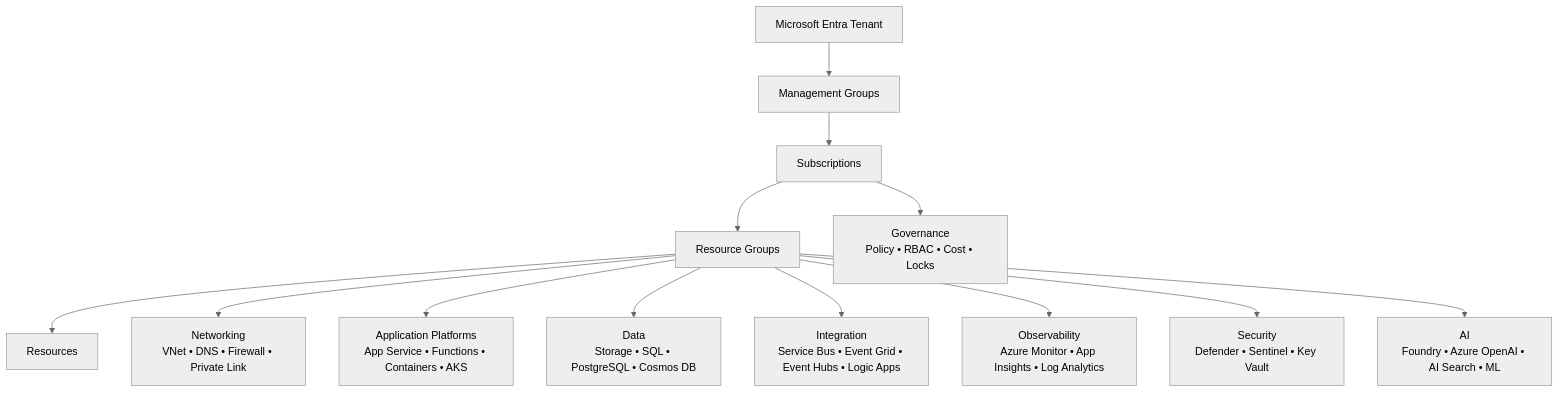
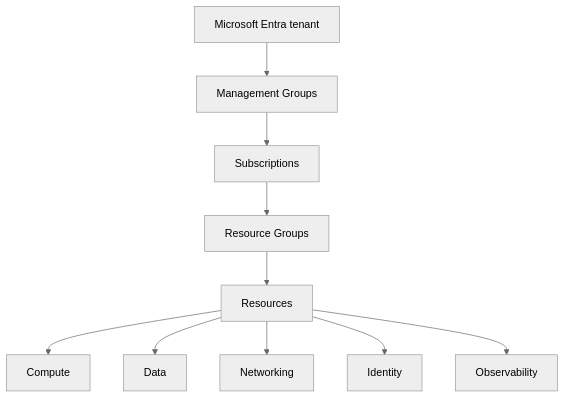
Before and after one commit to gcfernando/document: the first of 2 diagrams in azure_cheatsheet.md, drawn with Mermaid (neutral theme). The commit also changed other lines of this file and 1 other file, not shown here.

Commit message:
redesign Azure cheat sheets with clearer structure and navigation

````diff
--- a/azure_cheatsheet.md
+++ b/azure_cheatsheet.md
@@ -51,16 +67,12 @@
 ```mermaid
 flowchart TB
-    A[Microsoft Entra Tenant] --> B[Management Groups]
-    B --> C[Subscriptions]
-    C --> D[Resource Groups]
-    D --> E[Resources]
-
-    C --> GOV[Governance<br/>Policy • RBAC • Cost • Locks]
-    D --> NET[Networking<br/>VNet • DNS • Firewall • Private Link]
-    D --> APP[Application Platforms<br/>App Service • Functions • Containers • AKS]
-    D --> DATA[Data<br/>Storage • SQL • PostgreSQL • Cosmos DB]
-    D --> INT[Integration<br/>Service Bus • Event Grid • Event Hubs • Logic Apps]
-    D --> OBS[Observability<br/>Azure Monitor • App Insights • Log Analytics]
-    D --> SEC[Security<br/>Defender • Sentinel • Key Vault]
-    D --> AI[AI<br/>Foundry • Azure OpenAI • AI Search • ML]
+    T[Microsoft Entra tenant] --> MG[Management Groups]
+    MG --> S[Subscriptions]
+    S --> RG[Resource Groups]
+    RG --> R[Resources]
+    R --> C[Compute]
+    R --> D[Data]
+    R --> N[Networking]
+    R --> I[Identity]
+    R --> O[Observability]
 ```
````
